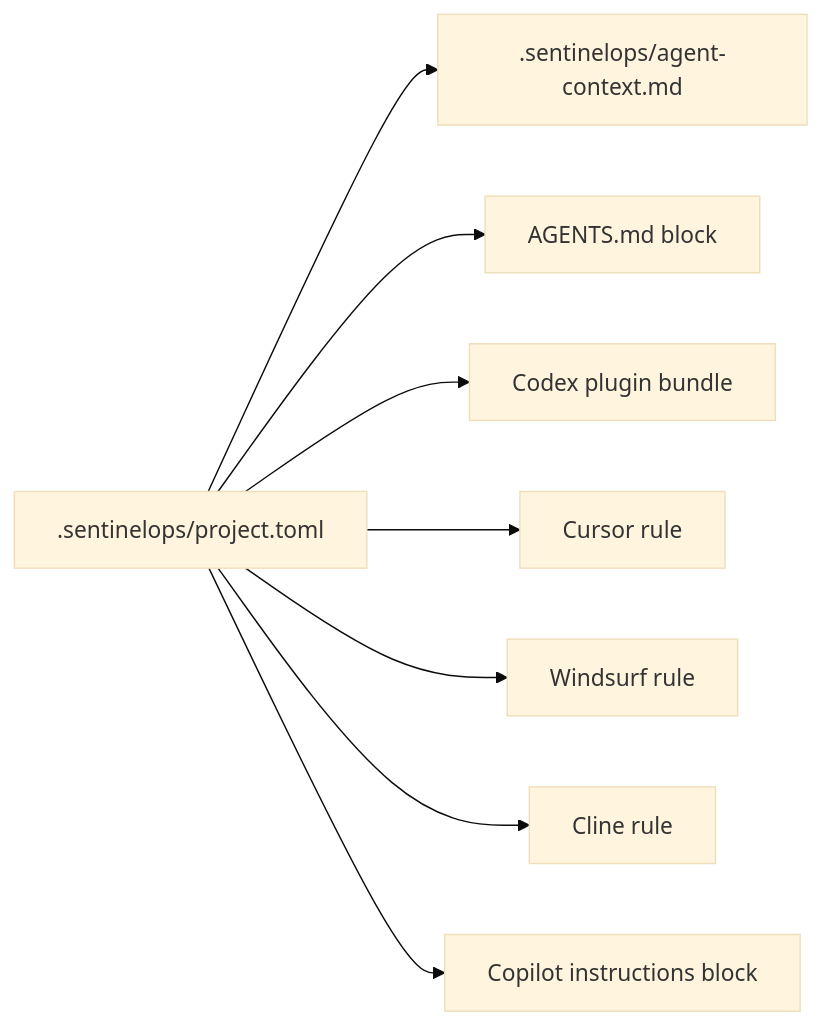
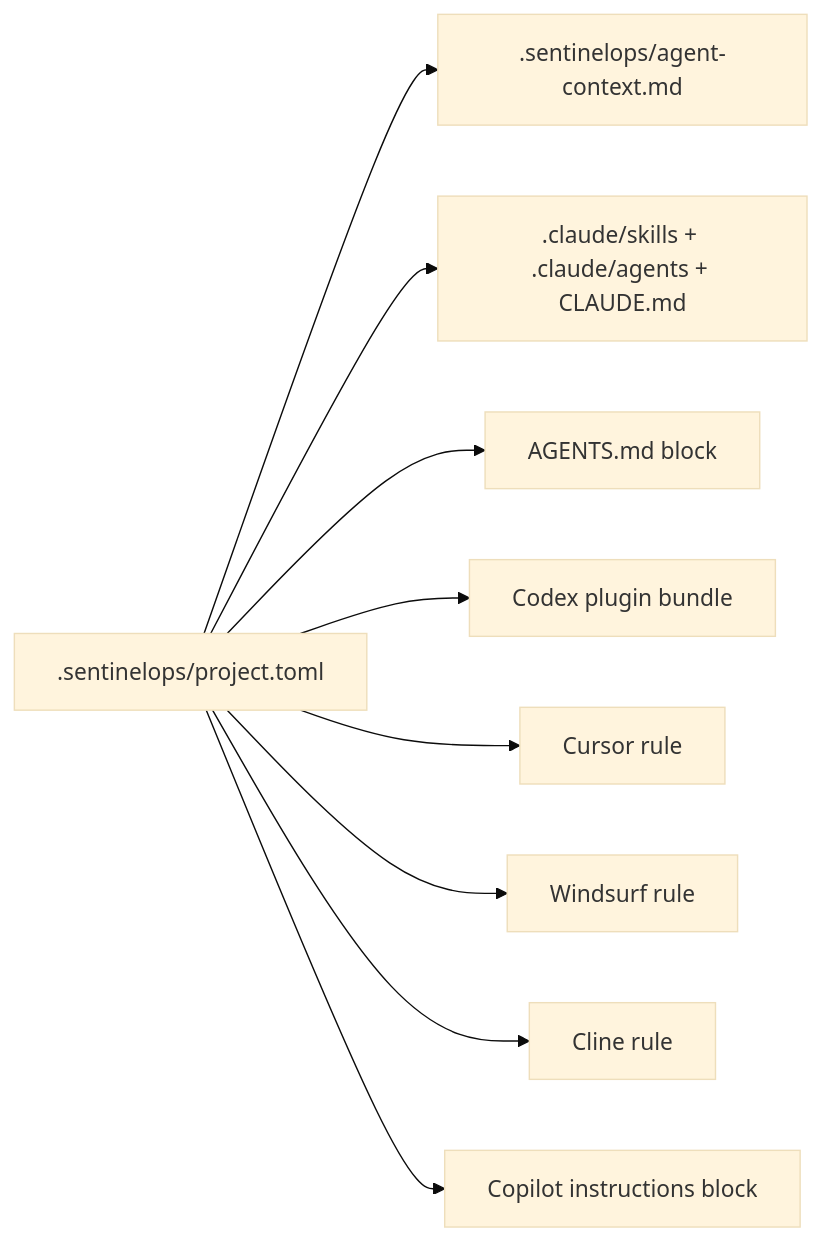
Before and after one commit to saikumar1767/Sentinel-Ops: the eighth of 9 diagrams in docs/architecture.md, drawn with Mermaid (base theme). The commit also changed other lines of this file and 39 other files, not shown here.

````diff
--- a/docs/architecture.md
+++ b/docs/architecture.md
@@ -200,10 +203,11 @@
 ```mermaid
 flowchart LR
     Manifest[".sentinelops/project.toml"] --> AgentContext[".sentinelops/agent-context.md"]
+    Manifest --> Claude[".claude/skills + .claude/agents + CLAUDE.md"]
     Manifest --> AGENTS["AGENTS.md block"]
     Manifest --> Codex["Codex plugin bundle"]
     Manifest --> Cursor["Cursor rule"]
     Manifest --> Windsurf["Windsurf rule"]
     Manifest --> Cline["Cline rule"]
     Manifest --> Copilot["Copilot instructions block"]
 ```
````
